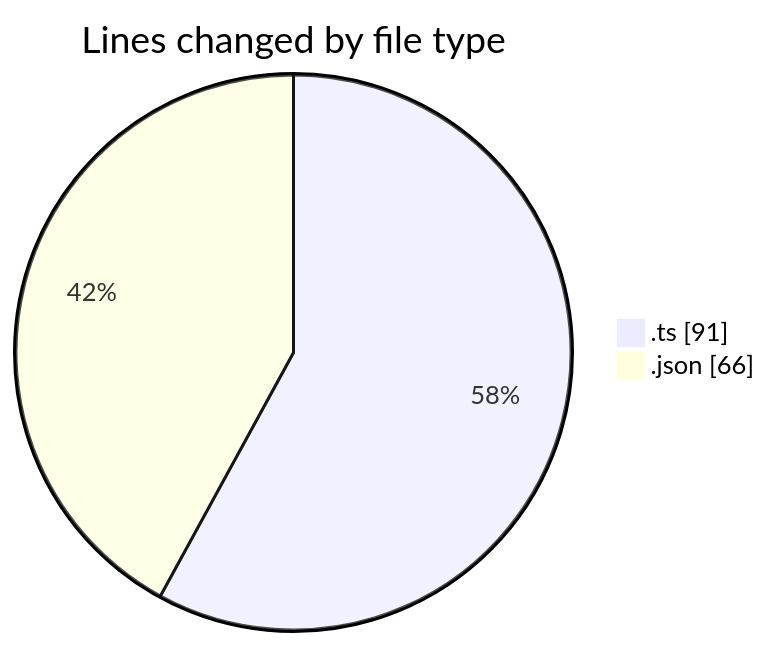
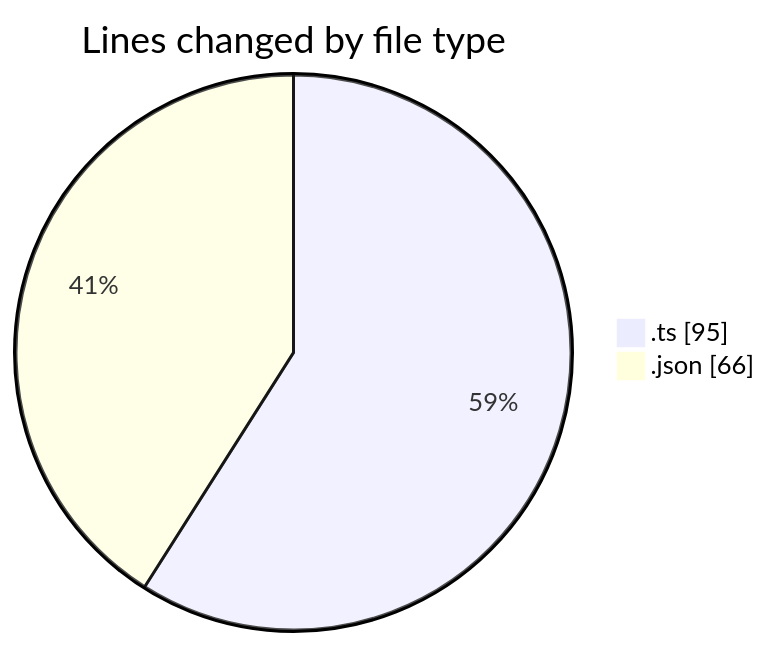
One commit to tmsrecording-cyber/code-tracking changed the first of 2 diagrams in 2026-02-05/singularitybrainai/README.md. Above: the diagram before and after it, drawn with Mermaid. The commit also changed other lines of this file and 1 other file, not shown here.

````diff
--- a/2026-02-05/singularitybrainai/README.md
+++ b/2026-02-05/singularitybrainai/README.md
@@ -21,6 +21,6 @@
 ```mermaid
 pie showData
 title Lines changed by file type
-".ts" : 91
+".ts" : 95
 ".json" : 66
 ```
````
